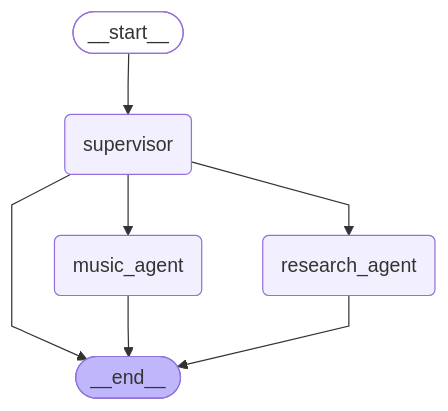
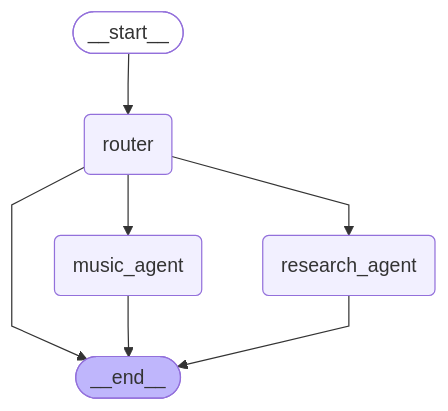
Before and after one commit to mgoltzsche/ai-assistant-vui: the diagram in README.md, drawn with Mermaid. The commit also changed other lines of this file, not shown here.

Commit message:
docs: update multi-agent architecture section

````diff
--- a/README.md
+++ b/README.md
@@ -117,22 +117,22 @@
 ```mermaid
 ---
 config:
   flowchart:
     curve: linear
 ---
 graph TD;
 	__start__([<p>__start__</p>]):::first
-	supervisor(supervisor)
+	router(router)
 	music_agent(music_agent)
 	research_agent(research_agent)
 	__end__([<p>__end__</p>]):::last
-	__start__ --> supervisor;
-	supervisor --> music_agent;
-	supervisor --> research_agent;
-	supervisor --> __end__;
+	__start__ --> router;
+	router --> music_agent;
+	router --> research_agent;
+	router --> __end__;
 	music_agent --> __end__;
 	research_agent --> __end__;
 	classDef default fill:#f2f0ff,line-height:1.2
 	classDef first fill-opacity:0
 	classDef last fill:#bfb6fc
 ```
````
